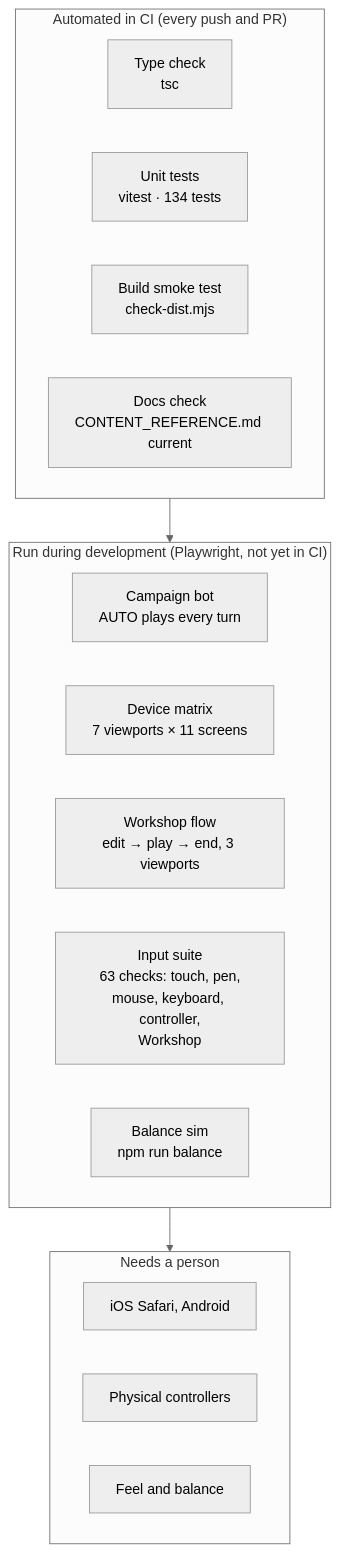
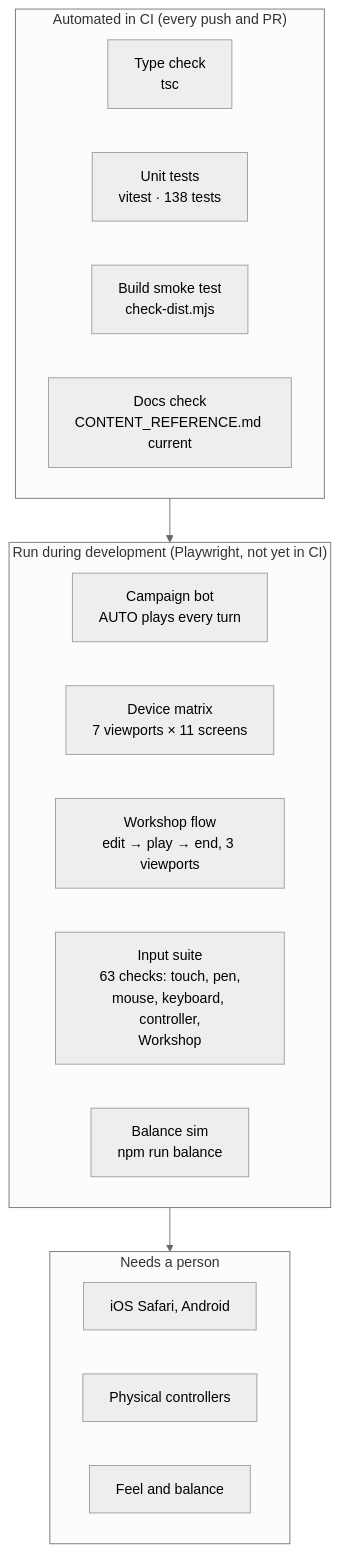
The diagram in docs/TESTING.md (CptNope/Chess-RPG-Tactics), drawn with Mermaid (neutral theme) before and after one commit. The commit also changed other lines of this file and 29 other files, not shown here.

````diff
--- a/docs/TESTING.md
+++ b/docs/TESTING.md
@@ -9,22 +9,22 @@
 ```mermaid
 flowchart TB
     subgraph Auto["Automated in CI (every push and PR)"]
         T1["Type check<br/>tsc"]
-        T2["Unit tests<br/>vitest · 134 tests"]
+        T2["Unit tests<br/>vitest · 138 tests"]
         T3["Build smoke test<br/>check-dist.mjs"]
         T4["Docs check<br/>CONTENT_REFERENCE.md current"]
     end
     subgraph Dev["Run during development (Playwright, not yet in CI)"]
         P1["Campaign bot<br/>AUTO plays every turn"]
         P2["Device matrix<br/>7 viewports × 11 screens"]
         P4["Workshop flow<br/>edit → play → end, 3 viewports"]
         P3["Input suite<br/>63 checks: touch, pen,<br/>mouse, keyboard, controller,<br/>Workshop"]
         P5["Balance sim<br/>npm run balance"]
     end
     subgraph Human["Needs a person"]
         H1["iOS Safari, Android"]
         H2["Physical controllers"]
         H3["Feel and balance"]
     end
     Auto --> Dev --> Human
 ```
````
